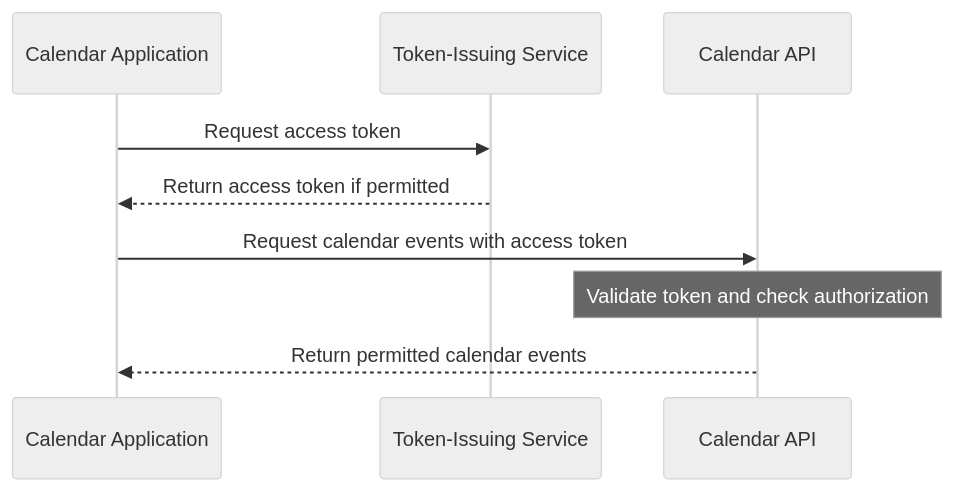
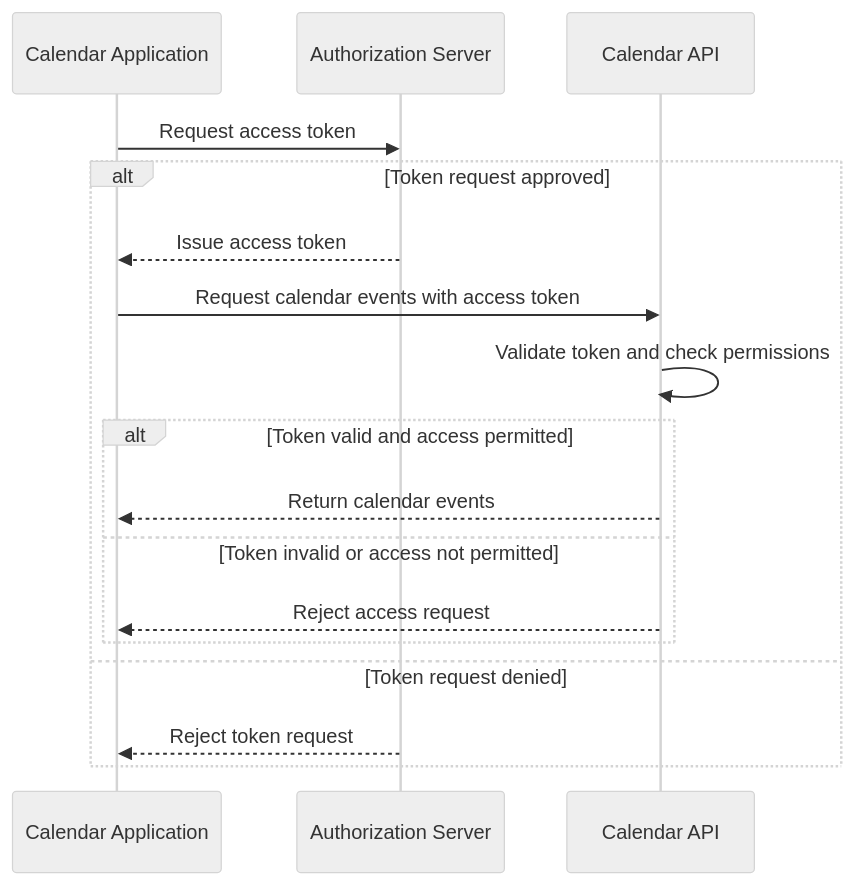
One commit to Rokiis1/Teaching-Materia changed the first of 4 diagrams in docs/en/software_engineering/software_security/security_tokens/token_types/1_level/1_level_token_types.md. Above: the diagram before and after it, drawn with Mermaid (neutral theme). The commit also changed other lines of this file and 15 other files, not shown here.

````diff
--- a/docs/en/software_engineering/software_security/security_tokens/token_types/1_level/1_level_token_types.md
+++ b/docs/en/software_engineering/software_security/security_tokens/token_types/1_level/1_level_token_types.md
@@ -21,12 +18,22 @@
 ```mermaid
 sequenceDiagram
     participant C as Calendar Application
-    participant I as Token-Issuing Service
+    participant A as Authorization Server
     participant R as Calendar API
 
-    C->>I: Request access token
-    I-->>C: Return access token if permitted
-    C->>R: Request calendar events with access token
-    Note over R: Validate token and check authorization
-    R-->>C: Return permitted calendar events
+    C->>A: Request access token
+
+    alt Token request approved
+        A-->>C: Issue access token
+        C->>R: Request calendar events with access token
+        R->>R: Validate token and check permissions
+
+        alt Token valid and access permitted
+            R-->>C: Return calendar events
+        else Token invalid or access not permitted
+            R-->>C: Reject access request
+        end
+    else Token request denied
+        A-->>C: Reject token request
+    end
 ```
````
